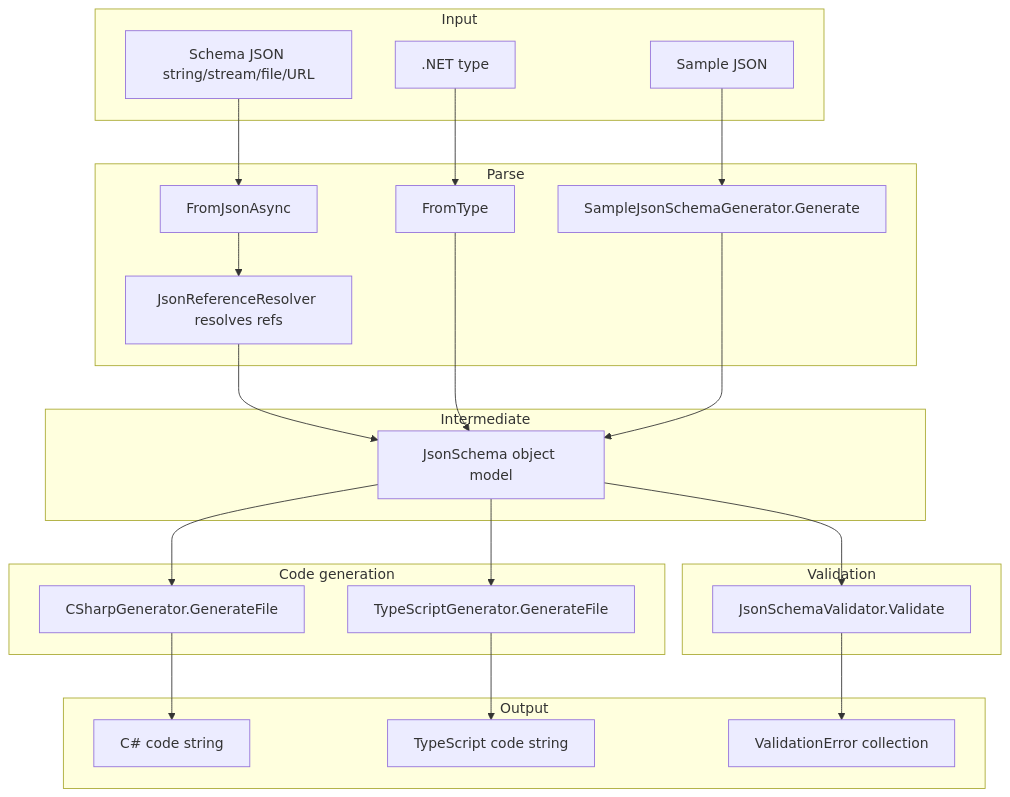
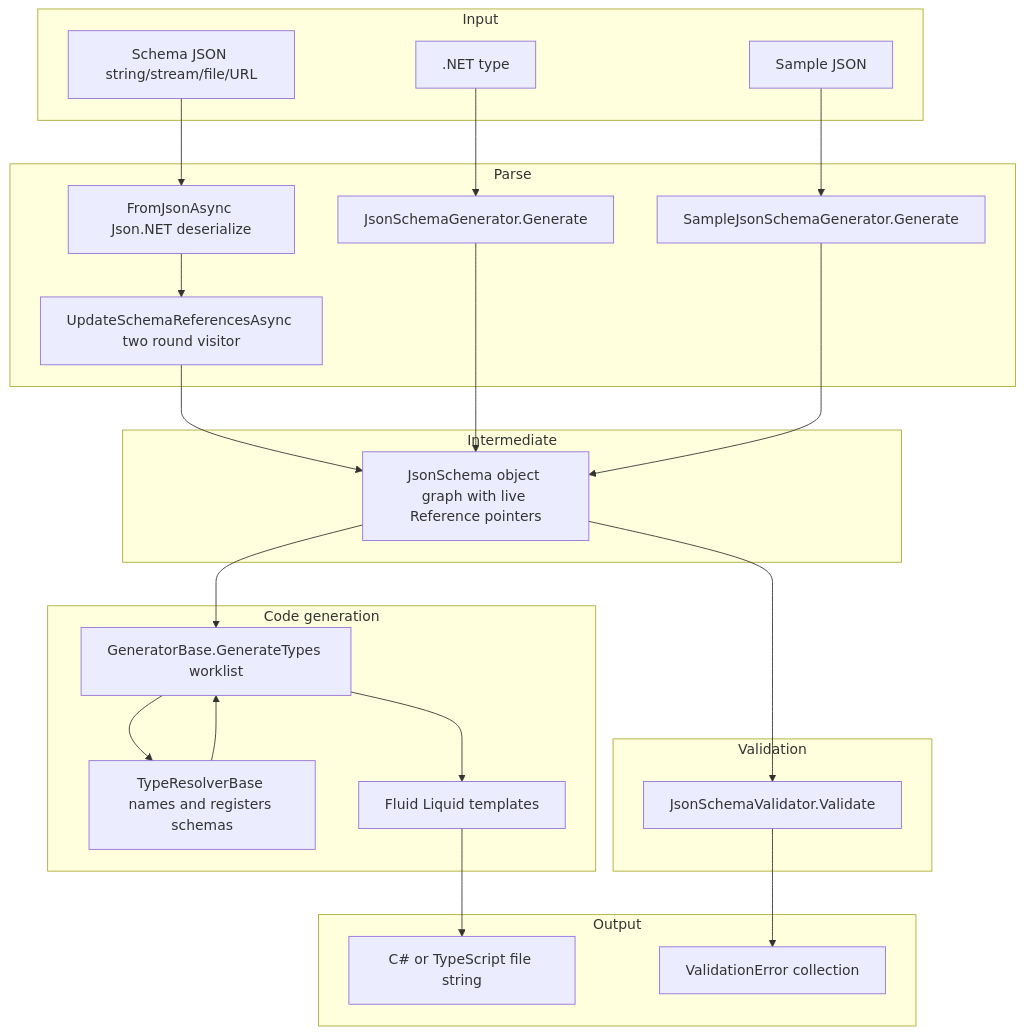
One commit to goddtriffin/json-schema-rs changed the first of 2 diagrams in research/reports/csharp/ricosuter-njsonschema.md. Above: the diagram before and after it, drawn with Mermaid. The commit also changed other lines of this file and 51 other files, not shown here.

````diff
--- a/research/reports/csharp/ricosuter-njsonschema.md
+++ b/research/reports/csharp/ricosuter-njsonschema.md
@@ -88,42 +90,43 @@
 ```mermaid
 flowchart TB
   subgraph input [Input]
     SchemaJSON[Schema JSON string/stream/file/URL]
     DotNetType[.NET type]
     SampleJSON[Sample JSON]
   end
   subgraph parse [Parse]
-    FromJson[FromJsonAsync]
-    FromType[FromType]
+    FromJson[FromJsonAsync Json.NET deserialize]
+    RefPass[UpdateSchemaReferencesAsync two round visitor]
+    FromType[JsonSchemaGenerator.Generate]
     SampleGen[SampleJsonSchemaGenerator.Generate]
-    RefResolve[JsonReferenceResolver resolves refs]
   end
   subgraph intermediate [Intermediate]
-    JsonSchema[JsonSchema object model]
+    JsonSchema[JsonSchema object graph with live Reference pointers]
   end
   subgraph codegen [Code generation]
-    CSharpGen[CSharpGenerator.GenerateFile]
-    TSGen[TypeScriptGenerator.GenerateFile]
+    Resolver[TypeResolverBase names and registers schemas]
+    Worklist[GeneratorBase.GenerateTypes worklist]
+    Templates[Fluid Liquid templates]
   end
   subgraph validate [Validation]
     Validator[JsonSchemaValidator.Validate]
   end
   subgraph output [Output]
-    CSharpCode[C# code string]
-    TSCode[TypeScript code string]
+    Code[C# or TypeScript file string]
     Errors[ValidationError collection]
   end
   SchemaJSON --> FromJson
-  FromJson --> RefResolve
-  RefResolve --> JsonSchema
+  FromJson --> RefPass
+  RefPass --> JsonSchema
   DotNetType --> FromType
   FromType --> JsonSchema
   SampleJSON --> SampleGen
   SampleGen --> JsonSchema
-  JsonSchema --> CSharpGen
-  JsonSchema --> TSGen
-  CSharpGen --> CSharpCode
-  TSGen --> TSCode
+  JsonSchema --> Worklist
+  Worklist --> Resolver
+  Resolver --> Worklist
+  Worklist --> Templates
+  Templates --> Code
   JsonSchema --> Validator
   Validator --> Errors
 ```
````
